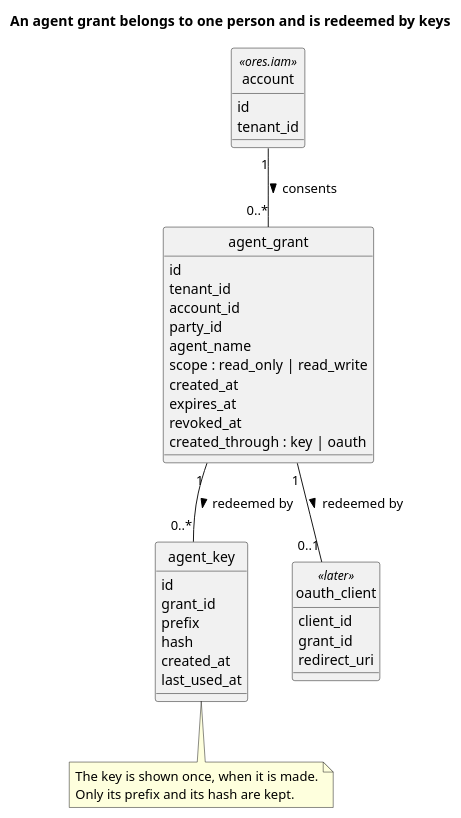
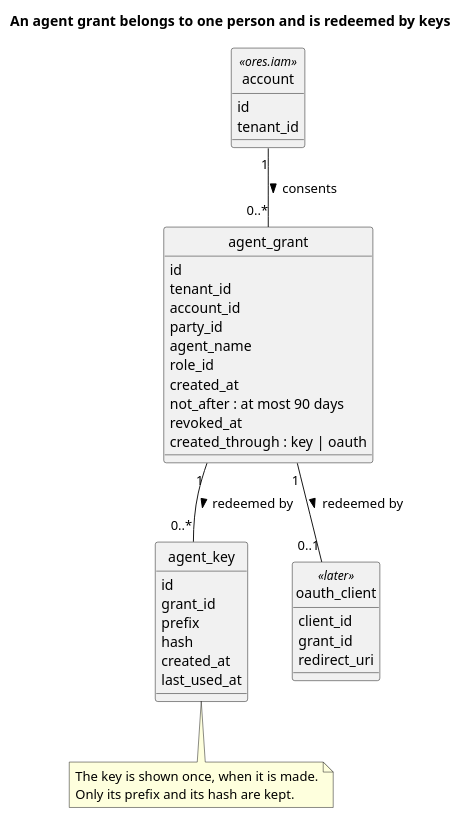
One commit to OreStudio/OreStudio changed the diagram in doc/knowledge/agents/agent_grant_classes.puml. Above: the diagram before and after it, drawn with PlantUML. The commit also changed 27 other files, not shown here.

First line of the commit message:
[doc] Fit delegated access for LLM agents to the security architecture

```diff
--- a/doc/knowledge/agents/agent_grant_classes.puml
+++ b/doc/knowledge/agents/agent_grant_classes.puml
@@ -18,50 +18,50 @@
 @startuml
 
 title An agent grant belongs to one person and is redeemed by keys
 
 hide circle
 skinparam classAttributeIconSize 0
 
 class account <<ores.iam>> {
   id
   tenant_id
 }
 
 class agent_grant {
   id
   tenant_id
   account_id
   party_id
   agent_name
-  scope : read_only | read_write
+  role_id
   created_at
-  expires_at
+  not_after : at most 90 days
   revoked_at
   created_through : key | oauth
 }
 
 class agent_key {
   id
   grant_id
   prefix
   hash
   created_at
   last_used_at
 }
 
 class oauth_client <<later>> {
   client_id
   grant_id
   redirect_uri
 }
 
 account "1" -- "0..*" agent_grant : consents >
 agent_grant "1" -- "0..*" agent_key : redeemed by >
 agent_grant "1" -- "0..1" oauth_client : redeemed by >
 
 note bottom of agent_key
   The key is shown once, when it is made.
   Only its prefix and its hash are kept.
 end note
 
 @enduml
```
